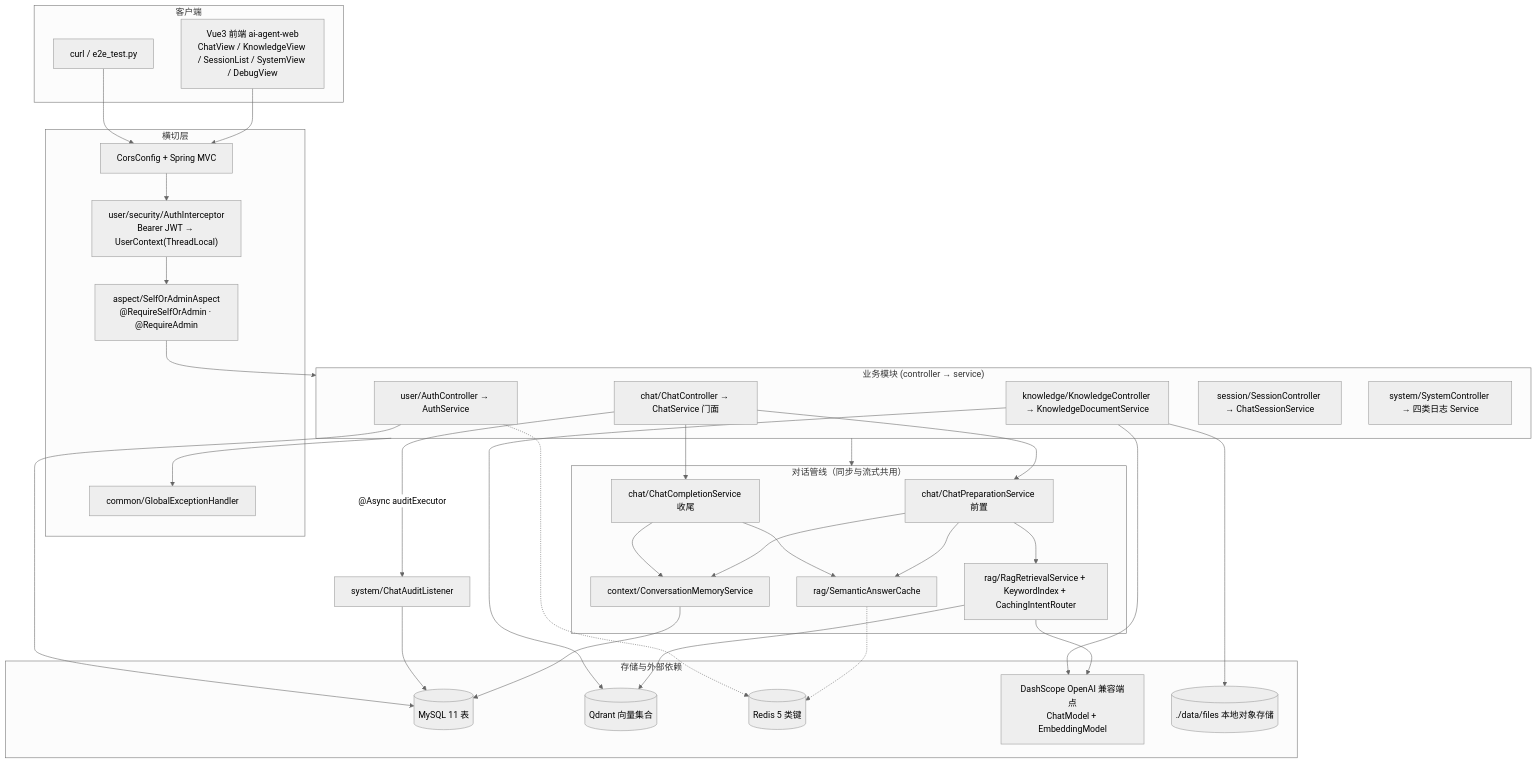
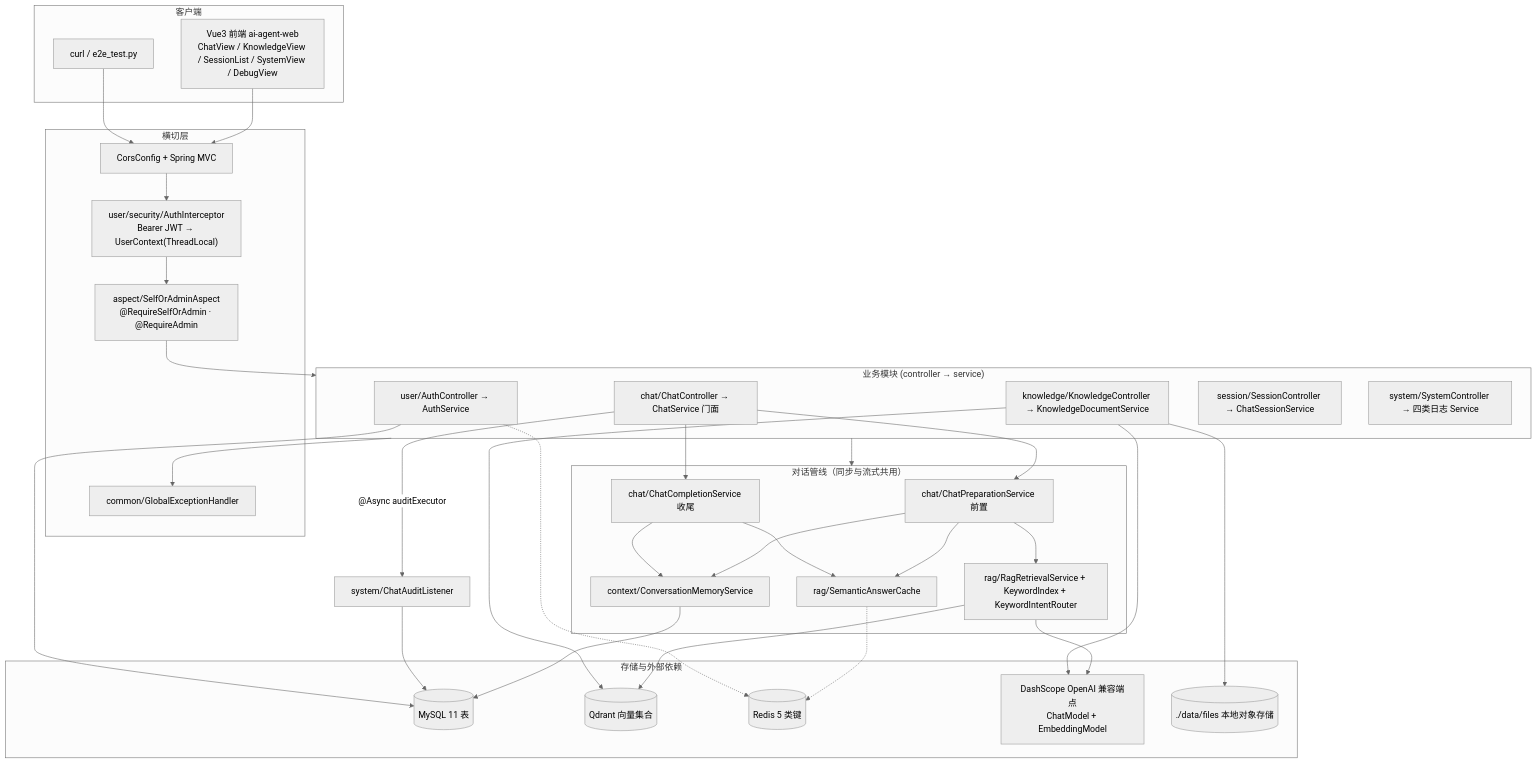
One commit to suiyile02/cc-ai-agent changed the first of 20 diagrams in docs/flow-map.md. Above: the diagram before and after it, drawn with Mermaid (neutral theme). The commit also changed other lines of this file and 16 other files, not shown here.

First line of the commit message:
refactor(rag)!: P3-7 B 批——意图路由结果缓存整体下线

````diff
--- a/docs/flow-map.md
+++ b/docs/flow-map.md
@@ -25,60 +25,60 @@
 ```mermaid
 flowchart TD
     subgraph CL["客户端"]
         WEB["Vue3 前端 ai-agent-web<br/>ChatView / KnowledgeView / SessionList / SystemView / DebugView"]
         CURL["curl / e2e_test.py"]
     end
 
     subgraph EDGE["横切层"]
         CORS["CorsConfig + Spring MVC"]
         AI["user/security/AuthInterceptor<br/>Bearer JWT → UserContext(ThreadLocal)"]
         ASPECT["aspect/SelfOrAdminAspect<br/>@RequireSelfOrAdmin · @RequireAdmin"]
         EXH["common/GlobalExceptionHandler"]
     end
 
     subgraph APP["业务模块 (controller → service)"]
         AUTH["user/AuthController → AuthService"]
         CHAT["chat/ChatController → ChatService 门面"]
         KN["knowledge/KnowledgeController → KnowledgeDocumentService"]
         SES["session/SessionController → ChatSessionService"]
         SYS["system/SystemController → 四类日志 Service"]
     end
 
     subgraph PIPE["对话管线（同步与流式共用）"]
         PREP["chat/ChatPreparationService 前置"]
         COMP["chat/ChatCompletionService 收尾"]
         MEM["context/ConversationMemoryService"]
-        RAG["rag/RagRetrievalService + KeywordIndex + CachingIntentRouter"]
+        RAG["rag/RagRetrievalService + KeywordIndex + KeywordIntentRouter"]
         CACHE["rag/SemanticAnswerCache"]
     end
 
     subgraph STORE["存储与外部依赖"]
         MYSQL[("MySQL 11 表")]
         QDRANT[("Qdrant 向量集合")]
         REDIS[("Redis 5 类键")]
         LLM["DashScope OpenAI 兼容端点<br/>ChatModel + EmbeddingModel"]
         DISK[("./data/files 本地对象存储")]
     end
 
     WEB --> CORS --> AI
     CURL --> CORS
     AI --> ASPECT --> APP
     APP --> PIPE
     CHAT --> PREP --> RAG
     PREP --> CACHE
     CACHE -.-> REDIS
     RAG --> QDRANT
     RAG --> LLM
     PREP --> MEM
     MEM --> MYSQL
     CHAT --> COMP --> MEM
     COMP --> CACHE
     CHAT -->|"@Async auditExecutor"| AUDIT["system/ChatAuditListener"]
     AUDIT --> MYSQL
     KN --> DISK
     KN --> QDRANT
     KN --> LLM
     AUTH --> MYSQL
     AUTH -.-> REDIS
     APP --> EXH
 ```
````
